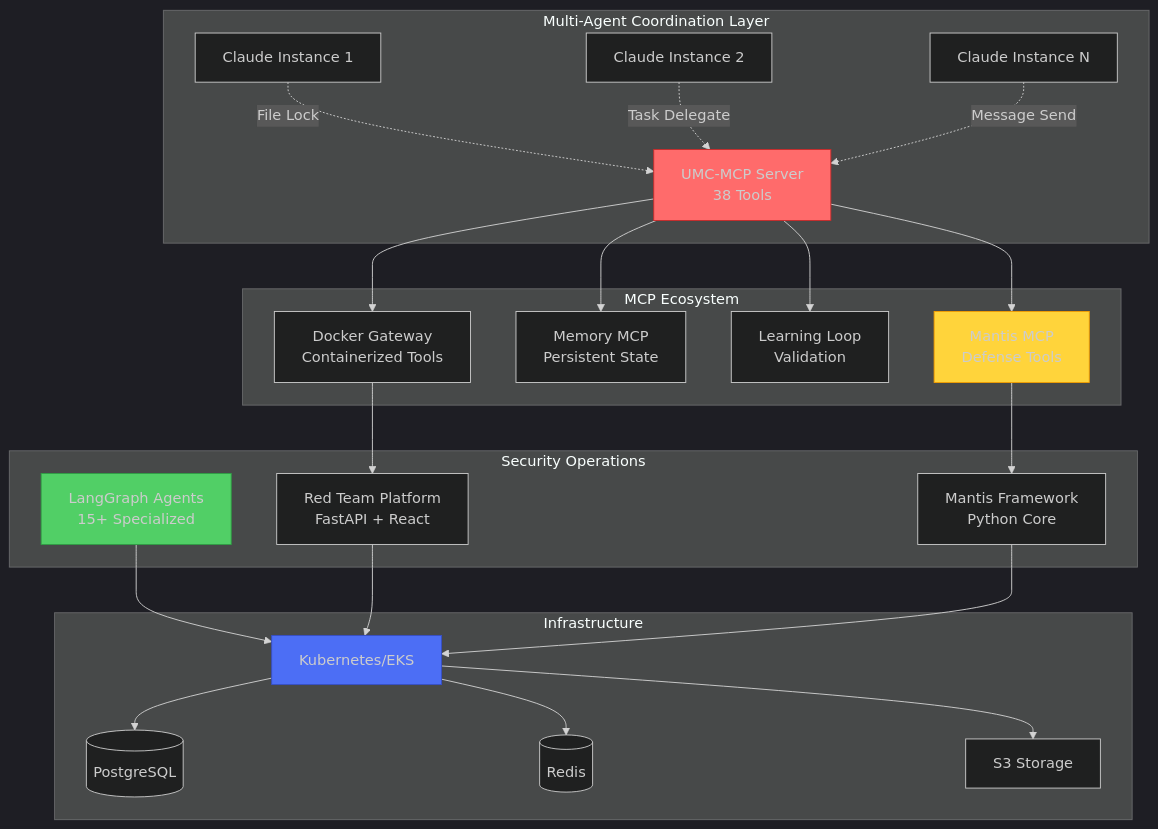
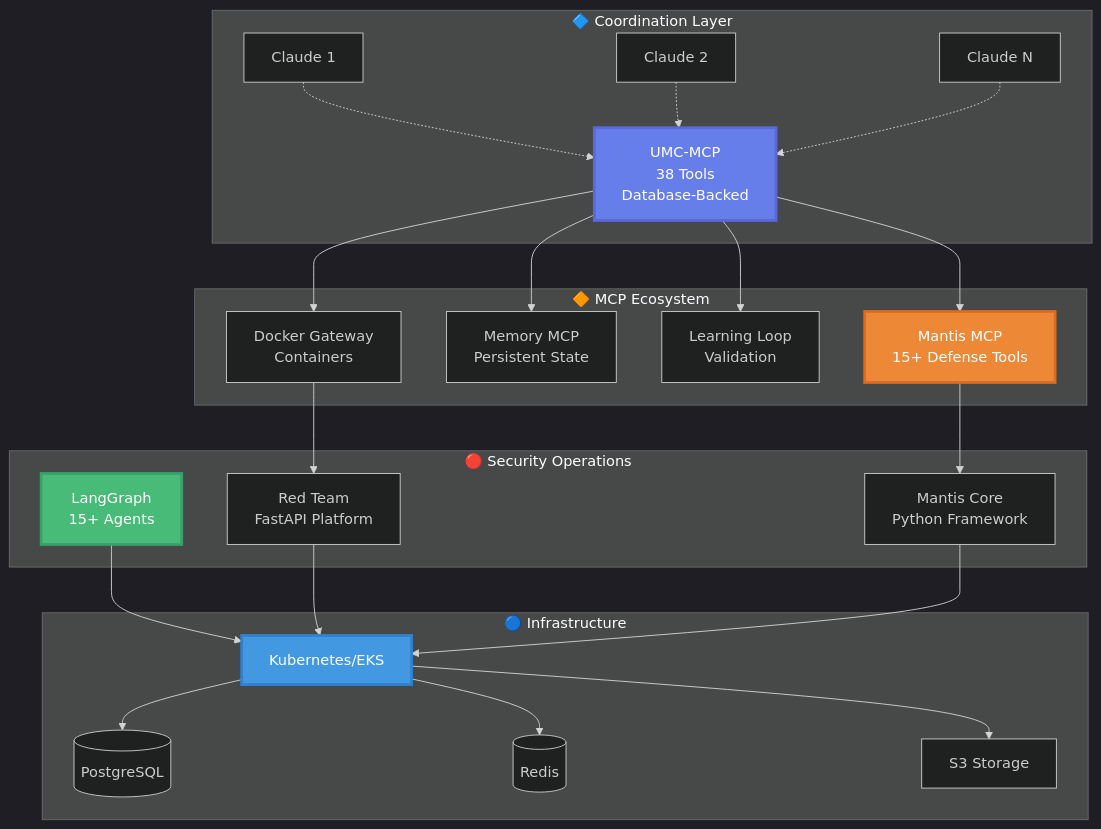
One commit to perryjr1444-ux/perryjr1444-ux changed the first of 3 diagrams in README.md. Above: the diagram before and after it, drawn with Mermaid. The commit also changed other lines of this file, not shown here.

First line of the commit message:
Polish README: Security Metaverse branding + visual enhancement

````diff
--- a/README.md
+++ b/README.md
@@ -368,55 +138,55 @@
 ```mermaid
-%%{init: {'theme':'dark'}}%%
+%%{init: {'theme':'dark', 'themeVariables': { 'fontSize':'16px'}}}%%
 graph TB
-    subgraph "Multi-Agent Coordination Layer"
-        UMC[UMC-MCP Server<br/>38 Tools]
-        CC1[Claude Instance 1]
-        CC2[Claude Instance 2]
-        CCN[Claude Instance N]
-
-        CC1 -.File Lock.-> UMC
-        CC2 -.Task Delegate.-> UMC
-        CCN -.Message Send.-> UMC
+    subgraph "🔷 Coordination Layer"
+        UMC[UMC-MCP<br/>38 Tools<br/>Database-Backed]
+        A1[Claude 1]
+        A2[Claude 2]
+        AN[Claude N]
     end
 
-    subgraph "MCP Ecosystem"
-        MANTIS[Mantis MCP<br/>Defense Tools]
-        MEMORY[Memory MCP<br/>Persistent State]
-        LEARN[Learning Loop<br/>Validation]
-        DOCKER[Docker Gateway<br/>Containerized Tools]
+    subgraph "🔶 MCP Ecosystem"
+        MAN[Mantis MCP<br/>15+ Defense Tools]
+        MEM[Memory MCP<br/>Persistent State]
+        LEA[Learning Loop<br/>Validation]
+        DOC[Docker Gateway<br/>Containers]
     end
 
-    subgraph "Security Operations"
-        LANG[LangGraph Agents<br/>15+ Specialized]
-        REDTEAM[Red Team Platform<br/>FastAPI + React]
-        MANTIS_CORE[Mantis Framework<br/>Python Core]
+    subgraph "🔴 Security Operations"
+        LG[LangGraph<br/>15+ Agents]
+        RT[Red Team<br/>FastAPI Platform]
+        MC[Mantis Core<br/>Python Framework]
     end
 
-    subgraph "Infrastructure"
-        K8S[Kubernetes/EKS]
-        RDS[(PostgreSQL)]
-        REDIS[(Redis)]
+    subgraph "🔵 Infrastructure"
+        K8[Kubernetes/EKS]
+        DB[(PostgreSQL)]
+        RD[(Redis)]
         S3[S3 Storage]
     end
 
-    UMC --> MANTIS
-    UMC --> MEMORY
-    UMC --> LEARN
-    UMC --> DOCKER
+    A1 -.-> UMC
+    A2 -.-> UMC
+    AN -.-> UMC
 
-    MANTIS --> MANTIS_CORE
-    DOCKER --> REDTEAM
+    UMC --> MAN
+    UMC --> MEM
+    UMC --> LEA
+    UMC --> DOC
 
-    LANG --> K8S
-    REDTEAM --> K8S
-    MANTIS_CORE --> K8S
+    MAN --> MC
+    DOC --> RT
 
-    K8S --> RDS
-    K8S --> REDIS
-    K8S --> S3
+    LG --> K8
+    RT --> K8
+    MC --> K8
 
-    style UMC fill:#ff6b6b,stroke:#c92a2a
-    style LANG fill:#51cf66,stroke:#2f9e44
-    style K8S fill:#4c6ef5,stroke:#364fc7
-    style MANTIS fill:#ffd43b,stroke:#f59f00
+    K8 --> DB
+    K8 --> RD
+    K8 --> S3
+
+    style UMC fill:#667eea,stroke:#5a67d8,stroke-width:3px,color:#fff
+    style LG fill:#48bb78,stroke:#38a169,stroke-width:3px,color:#fff
+    style K8 fill:#4299e1,stroke:#3182ce,stroke-width:3px,color:#fff
+    style MAN fill:#ed8936,stroke:#dd6b20,stroke-width:3px,color:#fff
 ```
````
